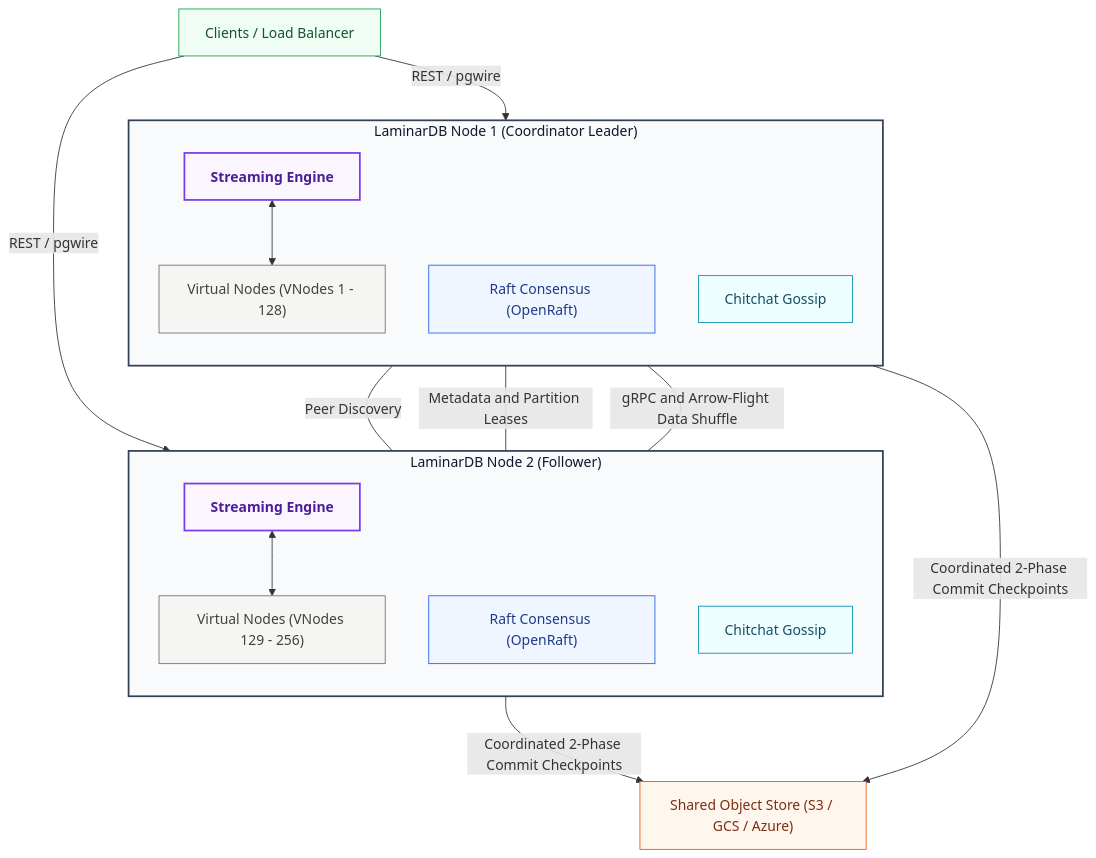
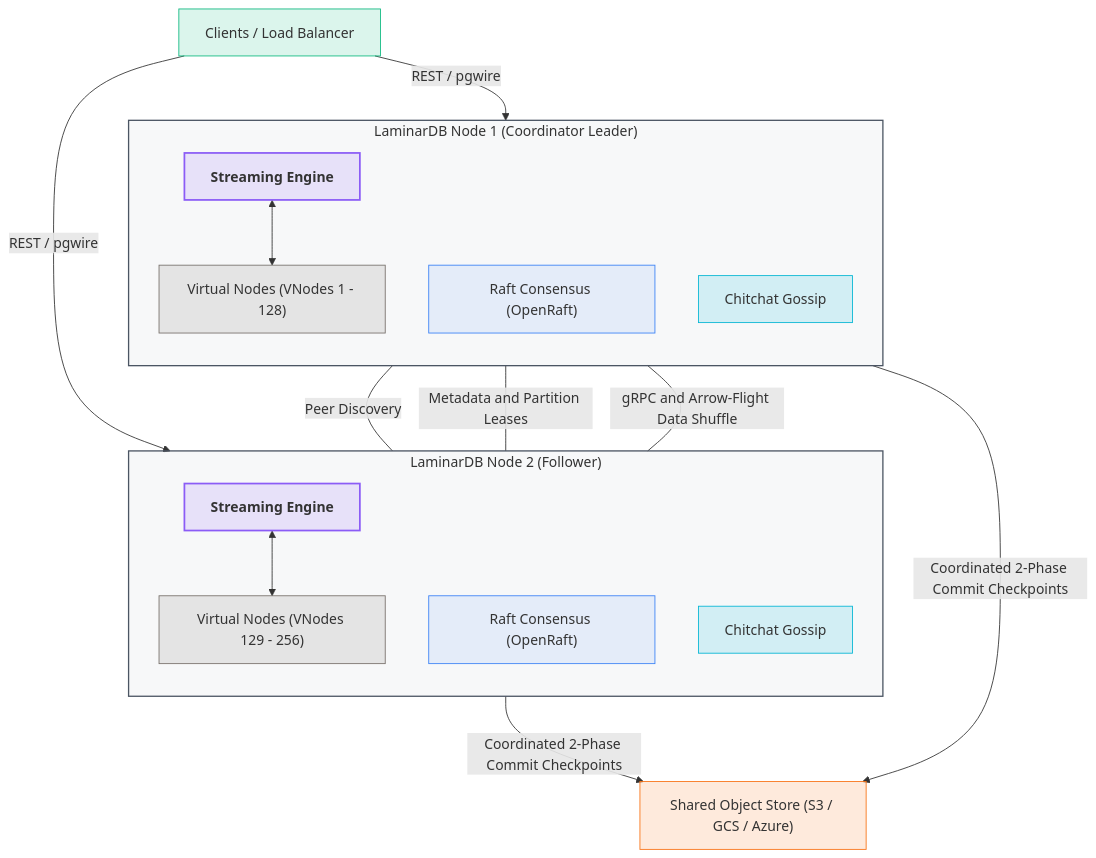
The fourth of 5 diagrams in README.md (laminardb/laminardb), drawn with Mermaid before and after one commit. The commit also changed other lines of this file, not shown here.

Commit message:
docs: update README architecture diagrams to be dynamically theme-aware

````diff
--- a/README.md
+++ b/README.md
@@ -564,45 +564,45 @@
 ```mermaid
 graph TD
-    classDef clientClass fill:#f0fdf4,stroke:#16a34a,stroke-width:1px,color:#14532d;
-    classDef engineClass fill:#faf5ff,stroke:#7c3aed,stroke-width:2px,color:#4c1d95,font-weight:bold;
-    classDef raftClass fill:#eff6ff,stroke:#2563eb,stroke-width:1px,color:#1e3a8a;
-    classDef gossipClass fill:#ecfeff,stroke:#0891b2,stroke-width:1px,color:#164e63;
-    classDef vnodeClass fill:#f5f5f4,stroke:#78716c,stroke-width:1px,color:#44403c;
-    classDef storageClass fill:#fff7ed,stroke:#ea580c,stroke-width:1px,color:#7c2d12;
+    classDef clientClass fill:#10b981,fill-opacity:0.15,stroke:#10b981,stroke-width:1px;
+    classDef engineClass fill:#8b5cf6,fill-opacity:0.15,stroke:#8b5cf6,stroke-width:2px,font-weight:bold;
+    classDef raftClass fill:#3b82f6,fill-opacity:0.1,stroke:#3b82f6,stroke-width:1px;
+    classDef gossipClass fill:#06b6d4,fill-opacity:0.15,stroke:#06b6d4,stroke-width:1px;
+    classDef vnodeClass fill:#78716c,fill-opacity:0.15,stroke:#78716c,stroke-width:1px;
+    classDef storageClass fill:#f97316,fill-opacity:0.15,stroke:#f97316,stroke-width:1px;
 
     Client["Clients / Load Balancer"]:::clientClass
     
     subgraph Node1["LaminarDB Node 1 (Coordinator Leader)"]
         direction TB
         E1["Streaming Engine"]:::engineClass
         Raft1["Raft Consensus (OpenRaft)"]:::raftClass
         Gossip1["Chitchat Gossip"]:::gossipClass
         VNodes1["Virtual Nodes (VNodes 1 - 128)"]:::vnodeClass
         E1 <--> VNodes1
     end
 
     subgraph Node2["LaminarDB Node 2 (Follower)"]
         direction TB
         E2["Streaming Engine"]:::engineClass
         Raft2["Raft Consensus (OpenRaft)"]:::raftClass
         Gossip2["Chitchat Gossip"]:::gossipClass
         VNodes2["Virtual Nodes (VNodes 129 - 256)"]:::vnodeClass
         E2 <--> VNodes2
     end
 
     %% Client Operations
     Client -->|"REST / pgwire"| Node1
     Client -->|"REST / pgwire"| Node2
 
     %% Node Communication
     Gossip1 ---|"Peer Discovery"| Gossip2
     Raft1 ---|"Metadata and Partition Leases"| Raft2
     E1 ---|"gRPC and Arrow-Flight Data Shuffle"| E2
 
     %% Distributed Durability
     Node1 -->|"Coordinated 2-Phase Commit Checkpoints"| SharedStore["Shared Object Store (S3 / GCS / Azure)"]:::storageClass
     Node2 -->|"Coordinated 2-Phase Commit Checkpoints"| SharedStore:::storageClass
 
-    style Node1 fill:#f8fafc,stroke:#334155,stroke-width:2px,color:#0f172a
-    style Node2 fill:#f8fafc,stroke:#334155,stroke-width:2px,color:#0f172a
+    style Node1 fill:#6b7280,fill-opacity:0.05,stroke:#4b5563,stroke-width:1.5px
+    style Node2 fill:#6b7280,fill-opacity:0.05,stroke:#4b5563,stroke-width:1.5px
 ```
````
